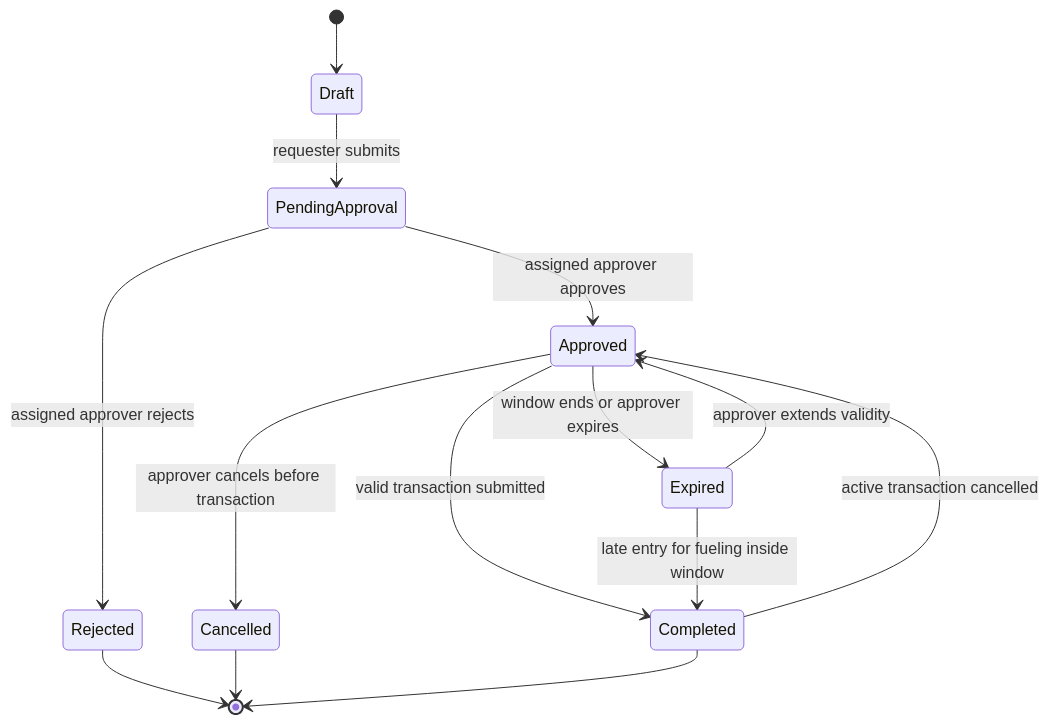
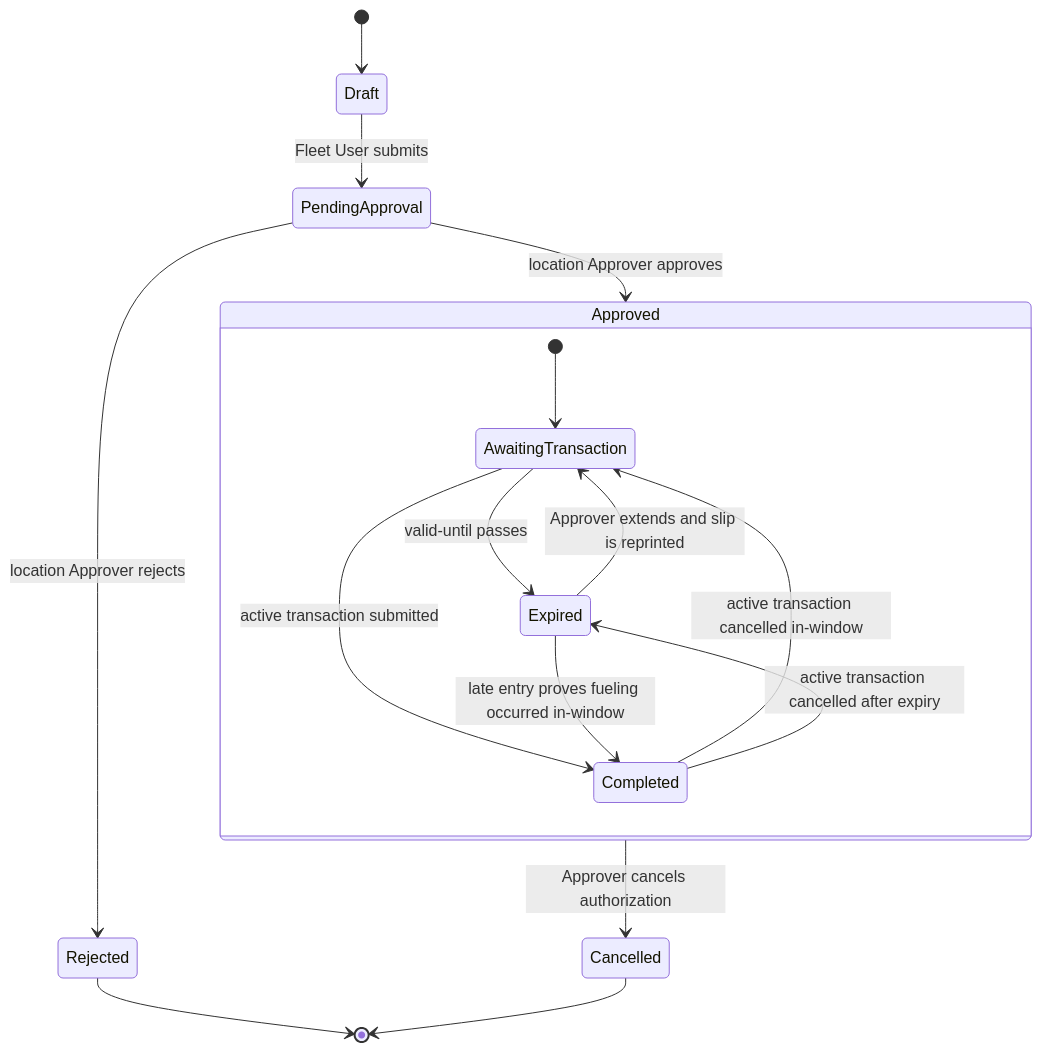
Before and after one commit to BrianKipngetich1/fleet_management: the diagram in specs/001-fleet-fuel-management/spec.md, drawn with Mermaid. The commit also changed other lines of this file and 1 other file, not shown here.

```diff
--- a/specs/001-fleet-fuel-management/spec.md
+++ b/specs/001-fleet-fuel-management/spec.md
@@ -76,16 +89,19 @@
 ~~~mermaid
 stateDiagram-v2
     [*] --> Draft
-    Draft --> PendingApproval: requester submits
-    PendingApproval --> Approved: assigned approver approves
-    PendingApproval --> Rejected: assigned approver rejects
-    Approved --> Cancelled: approver cancels before transaction
-    Approved --> Expired: window ends or approver expires
-    Expired --> Approved: approver extends validity
-    Approved --> Completed: valid transaction submitted
-    Expired --> Completed: late entry for fueling inside window
-    Completed --> Approved: active transaction cancelled
+    Draft --> PendingApproval: Fleet User submits
+    PendingApproval --> Approved: location Approver approves
+    PendingApproval --> Rejected: location Approver rejects
+    Approved --> Cancelled: Approver cancels authorization
+    state Approved {
+        [*] --> AwaitingTransaction
+        AwaitingTransaction --> Expired: valid-until passes
+        Expired --> AwaitingTransaction: Approver extends and slip is reprinted
+        AwaitingTransaction --> Completed: active transaction submitted
+        Expired --> Completed: late entry proves fueling occurred in-window
+        Completed --> AwaitingTransaction: active transaction cancelled in-window
+        Completed --> Expired: active transaction cancelled after expiry
+    }
     Rejected --> [*]
     Cancelled --> [*]
-    Completed --> [*]
 ~~~
```
